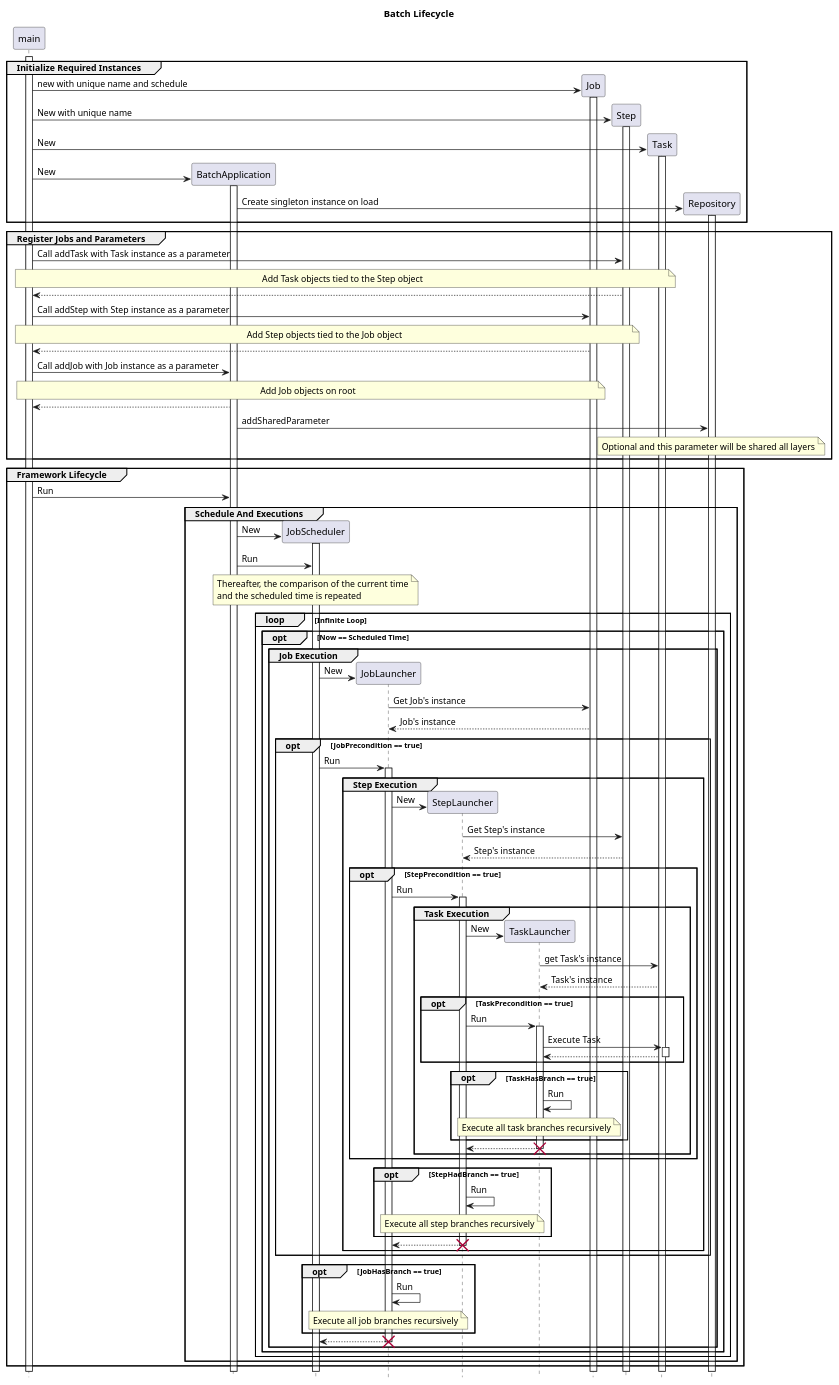
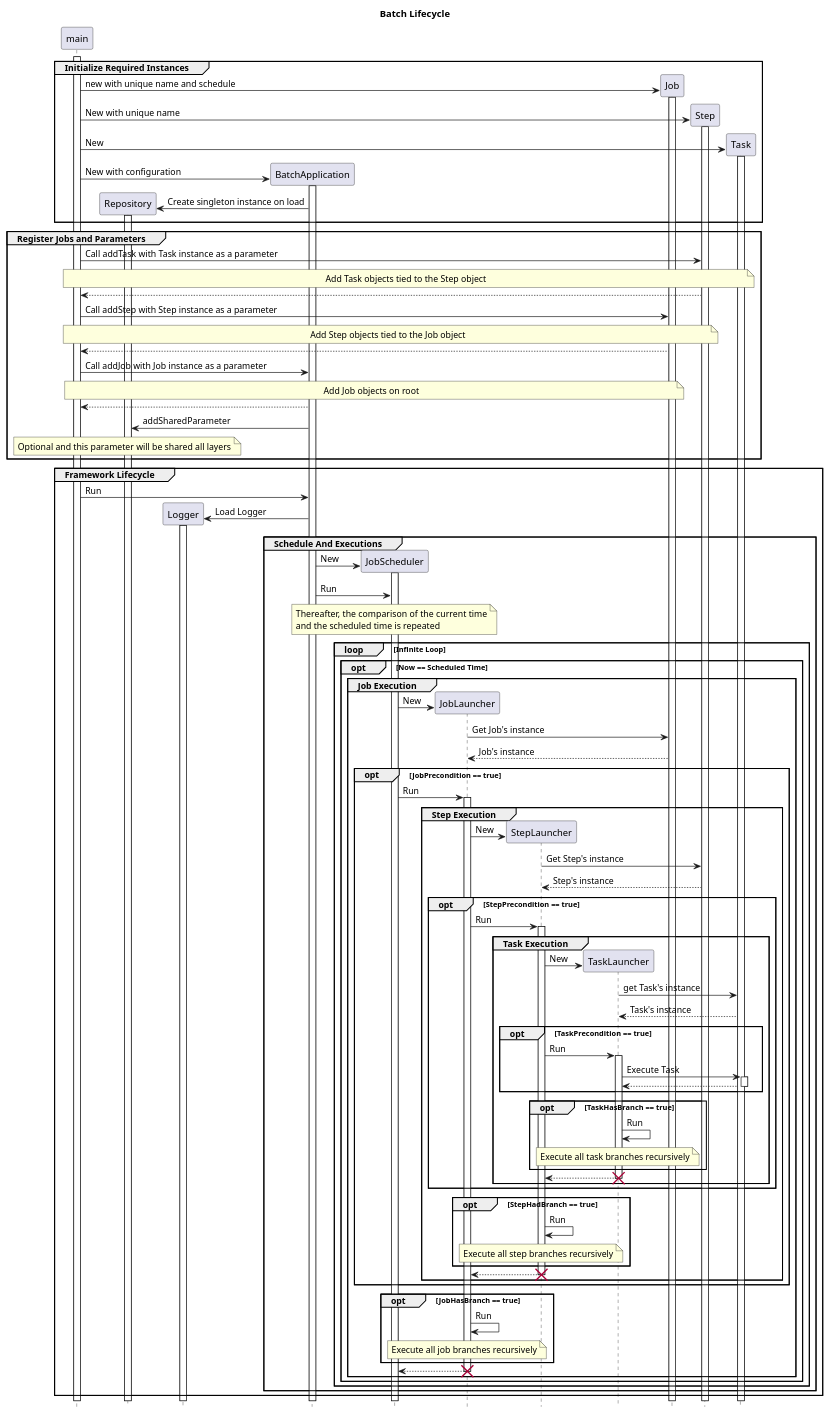
The diagram in design/sequence.pu (runchise/batch.dart), drawn with PlantUML before and after one commit.

```diff
--- a/design/sequence.pu
+++ b/design/sequence.pu
@@ -1,142 +1,147 @@
 @startuml Batch Lifecycle
 title Batch Lifecycle
 
 hide footbox
 participant main
+participant Repository
+participant Logger
 participant BatchApplication
 participant JobScheduler
 participant JobLauncher
 participant StepLauncher
 participant TaskLauncher
 participant Job
 participant Step
 participant Task
-participant Repository
 
 activate main
 
 group Initialize Required Instances
     create Job
     main -> Job: new with unique name and schedule
     activate Job
     create Step
     main -> Step: New with unique name
     activate Step
 
     create Task
     main -> Task: New
     activate Task
 
     create BatchApplication
-    main -> BatchApplication: New
+    main -> BatchApplication: New with configuration
     activate BatchApplication
 
     create Repository
     BatchApplication -> Repository: Create singleton instance on load
     activate Repository
 end
 
 group Register Jobs and Parameters
     main -> Step: Call addTask with Task instance as a parameter
     note over main, Task: Add Task objects tied to the Step object
     main <-- Step
 
     main -> Job: Call addStep with Step instance as a parameter
     note over main, Step: Add Step objects tied to the Job object
     main <-- Job
 
     main -> BatchApplication: Call addJob with Job instance as a parameter
     note over main, Job: Add Job objects on root
     main <-- BatchApplication
 
     BatchApplication -> Repository: addSharedParameter
     note over Repository: Optional and this parameter will be shared all layers
 end
 
 group Framework Lifecycle
     main -> BatchApplication: Run
+
+    create Logger
+    BatchApplication -> Logger: Load Logger
+    activate Logger
 
     group Schedule And Executions
         create JobScheduler
         BatchApplication -> JobScheduler: New
         activate JobScheduler
 
         BatchApplication -> JobScheduler: Run
         note over JobScheduler
             Thereafter, the comparison of the current time
             and the scheduled time is repeated
         end note
 
         loop Infinite Loop
             opt Now == Scheduled Time
                 group Job Execution
                     create JobLauncher
                     JobScheduler -> JobLauncher: New
                     JobLauncher -> Job: Get Job's instance
                     JobLauncher <-- Job: Job's instance
 
                     opt JobPrecondition == true
                         JobScheduler -> JobLauncher: Run
 
                         activate JobLauncher
 
                         group Step Execution
                             create StepLauncher
                             JobLauncher -> StepLauncher: New
                             StepLauncher -> Step: Get Step's instance
                             StepLauncher <-- Step: Step's instance
 
                             opt StepPrecondition == true
                                 JobLauncher -> StepLauncher: Run
                                 activate StepLauncher
 
                                 group Task Execution
                                     create TaskLauncher
                                     StepLauncher -> TaskLauncher: New
                                     TaskLauncher -> Task: get Task's instance
                                     TaskLauncher <-- Task: Task's instance
 
                                     opt TaskPrecondition == true
                                         StepLauncher -> TaskLauncher: Run
                                         activate TaskLauncher
                                         TaskLauncher -> Task: Execute Task
                                         activate Task
                                         TaskLauncher <-- Task
                                         deactivate Task
                                     end
 
                                     opt TaskHasBranch == true
                                         TaskLauncher -> TaskLauncher: Run
                                         note over TaskLauncher: Execute all task branches recursively
                                     end
                                                                                                         StepLauncher <-- TaskLauncher
                                     deactivate TaskLauncher
                                     destroy TaskLauncher
                                 end
                             end
 
                             opt StepHadBranch == true
                                 StepLauncher -> StepLauncher: Run
                                 note over StepLauncher: Execute all step branches recursively
                             end
 
                             JobLauncher <-- StepLauncher
                             deactivate StepLauncher
                             destroy StepLauncher
                         end
                     end
 
                     opt JobHasBranch == true
                         JobLauncher -> JobLauncher: Run
                         note over JobLauncher: Execute all job branches recursively
                     end
 
                     JobScheduler <-- JobLauncher
                     deactivate JobLauncher
                     destroy JobLauncher
                 end
             end
         end
     end
 end
 @enduml
```
